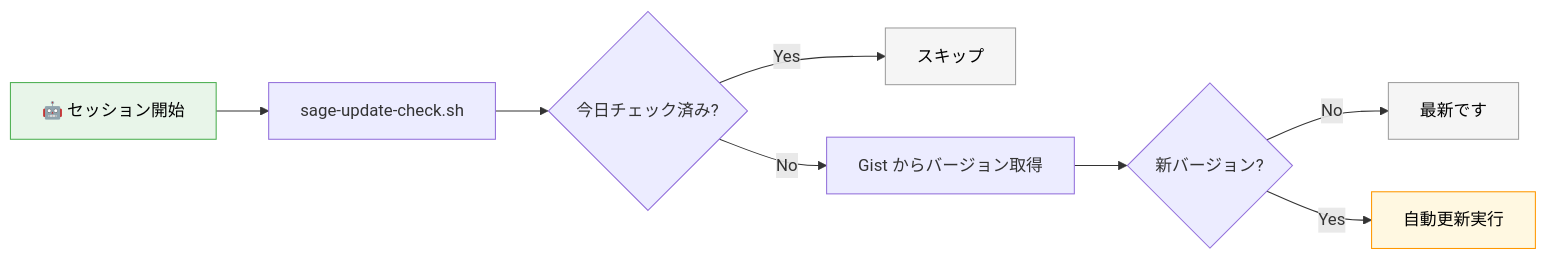
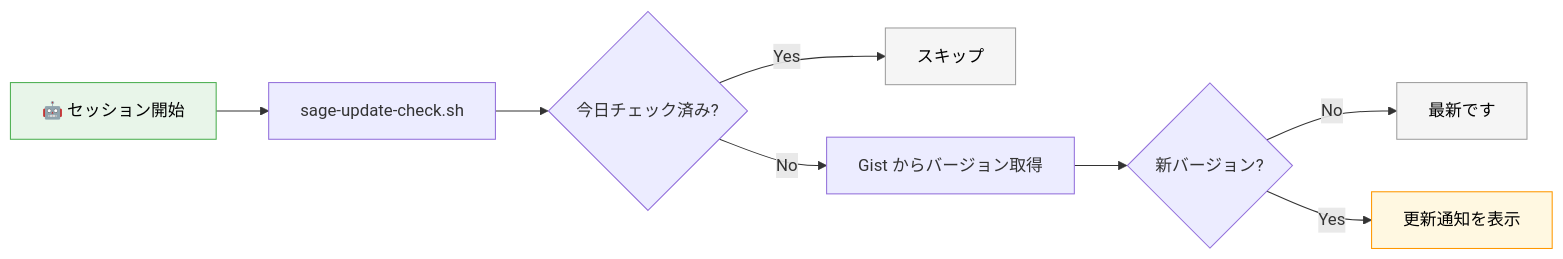
Before and after one commit to heidayo/sage-ai-template: the seventh of 9 diagrams in README.md, drawn with Mermaid. The commit also changed other lines of this file and 61 other files, not shown here.

````diff
--- a/README.md
+++ b/README.md
@@ -336,15 +336,15 @@
 ```mermaid
 graph LR
     A["🤖 セッション開始"] --> B["sage-update-check.sh"]
     B --> C{今日チェック済み?}
     C -->|Yes| D["スキップ"]
     C -->|No| E["Gist からバージョン取得"]
     E --> F{新バージョン?}
     F -->|No| G["最新です"]
-    F -->|Yes| H["自動更新実行"]
+    F -->|Yes| H["更新通知を表示"]
 
     style A fill:#e8f5e9,stroke:#4caf50,color:#000
     style H fill:#fff8e1,stroke:#ff9800,color:#000
     style D fill:#f5f5f5,stroke:#9e9e9e,color:#000
     style G fill:#f5f5f5,stroke:#9e9e9e,color:#000
 ```
````
